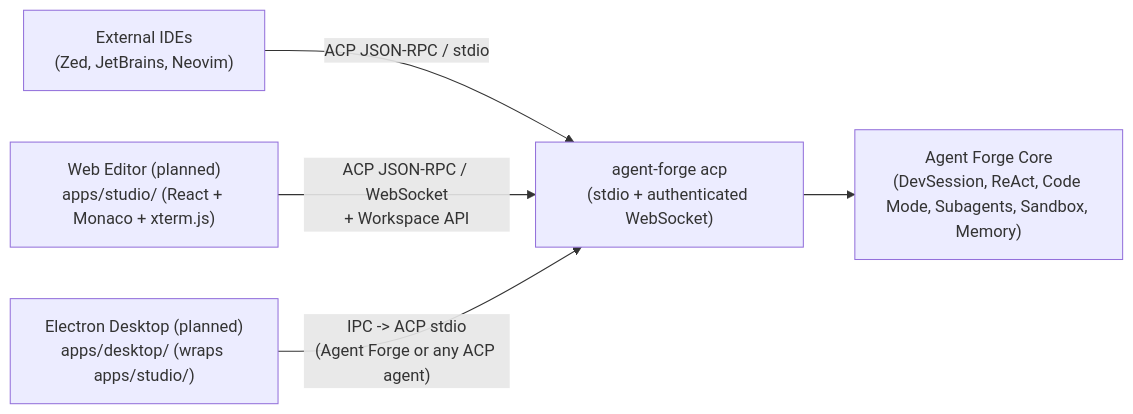
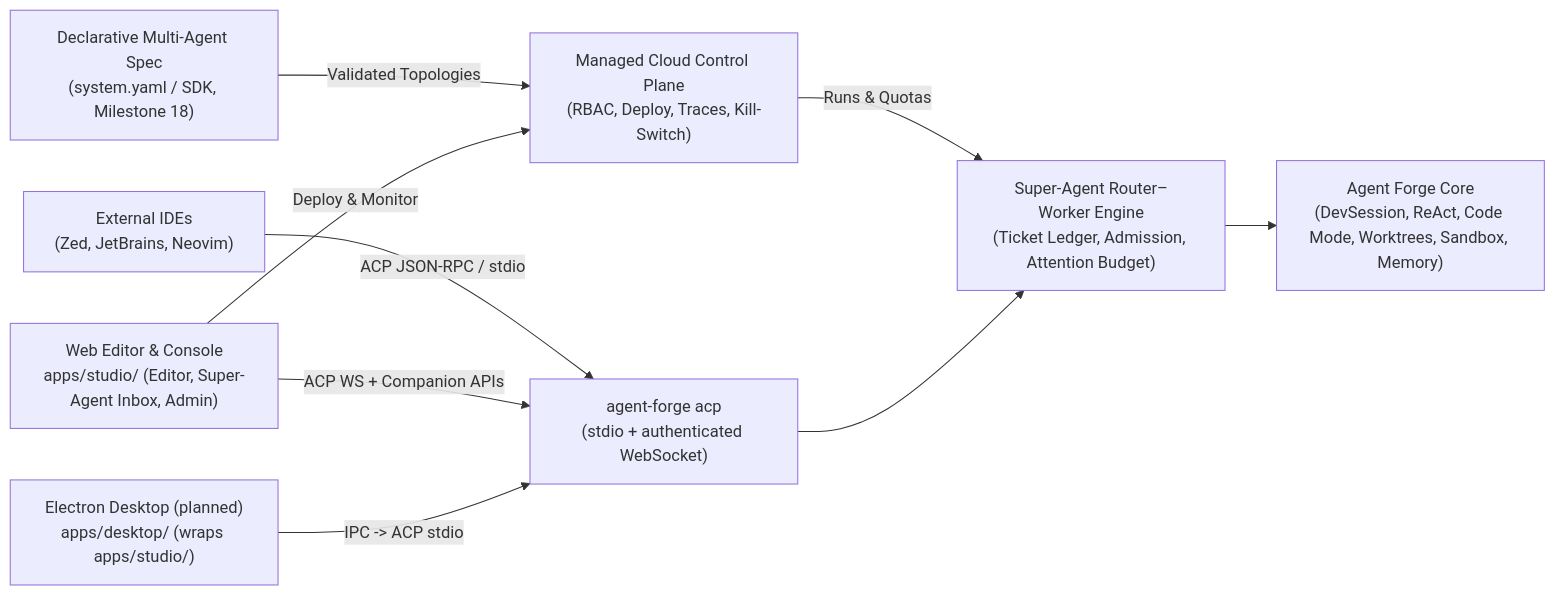
The diagram in docs/roadmap.md (akoita/agent-forge), drawn with Mermaid before and after one commit. The commit also changed other lines of this file and 6 other files, not shown here.

Commit message:
docs(#251): update vision for managed multi-agent cloud infra and plan Super-Agent epic (#256)

````diff
--- a/docs/roadmap.md
+++ b/docs/roadmap.md
@@ -32,7 +34,11 @@
 ```mermaid
 flowchart LR
     IDE["External IDEs\n(Zed, JetBrains, Neovim)"] -->|"ACP JSON-RPC / stdio"| ACP["agent-forge acp\n(stdio + authenticated WebSocket)"]
-    Web["Web Editor (planned)\napps/studio/ (React + Monaco + xterm.js)"] -->|"ACP JSON-RPC / WebSocket\n+ Workspace API"| ACP
-    Desktop["Electron Desktop (planned)\napps/desktop/ (wraps apps/studio/)"] -->|"IPC -> ACP stdio\n(Agent Forge or any ACP agent)"| ACP
-    ACP --> Core["Agent Forge Core\n(DevSession, ReAct, Code Mode, Subagents, Sandbox, Memory)"]
+    Web["Web Editor & Console\napps/studio/ (Editor, Super-Agent Inbox, Admin)"] -->|"ACP WS + Companion APIs"| ACP
+    Desktop["Electron Desktop (planned)\napps/desktop/ (wraps apps/studio/)"] -->|"IPC -> ACP stdio"| ACP
+    Sys["Declarative Multi-Agent Spec\n(system.yaml / SDK, Milestone 18)"] -->|"Validated Topologies"| Cloud["Managed Cloud Control Plane\n(RBAC, Deploy, Traces, Kill-Switch)"]
+    Web -->|"Deploy & Monitor"| Cloud
+    Cloud -->|"Runs & Quotas"| Super["Super-Agent Router–Worker Engine\n(Ticket Ledger, Admission, Attention Budget)"]
+    ACP --> Super
+    Super --> Core["Agent Forge Core\n(DevSession, ReAct, Code Mode, Worktrees, Sandbox, Memory)"]
 ```
````
